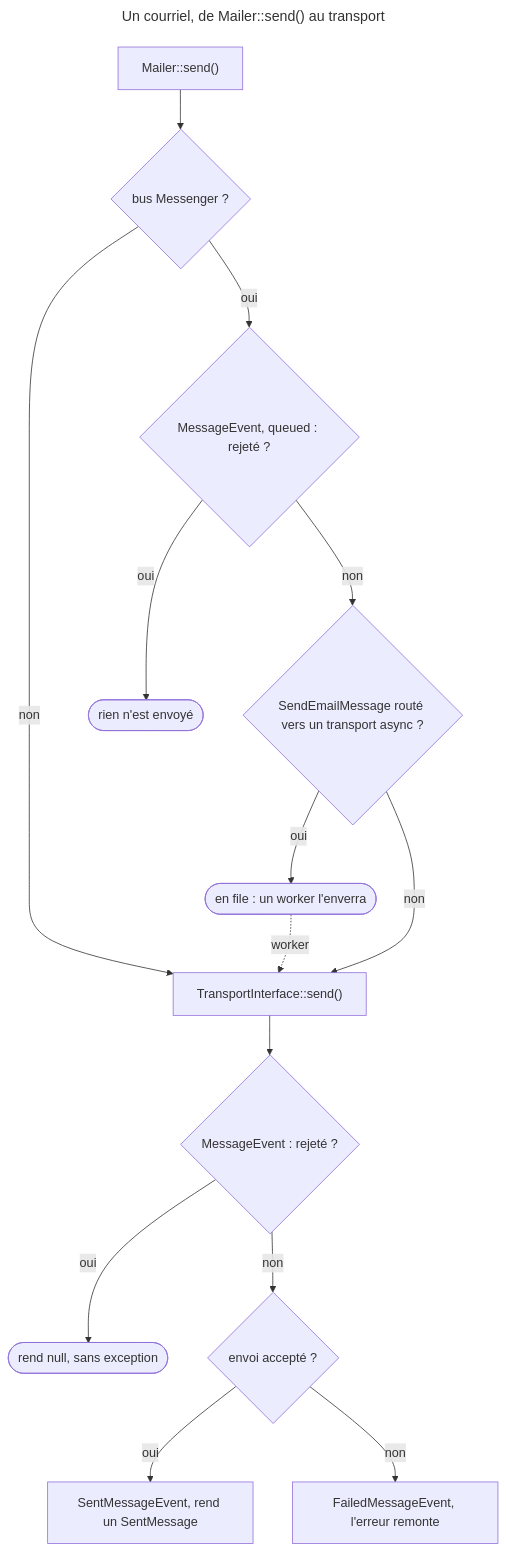
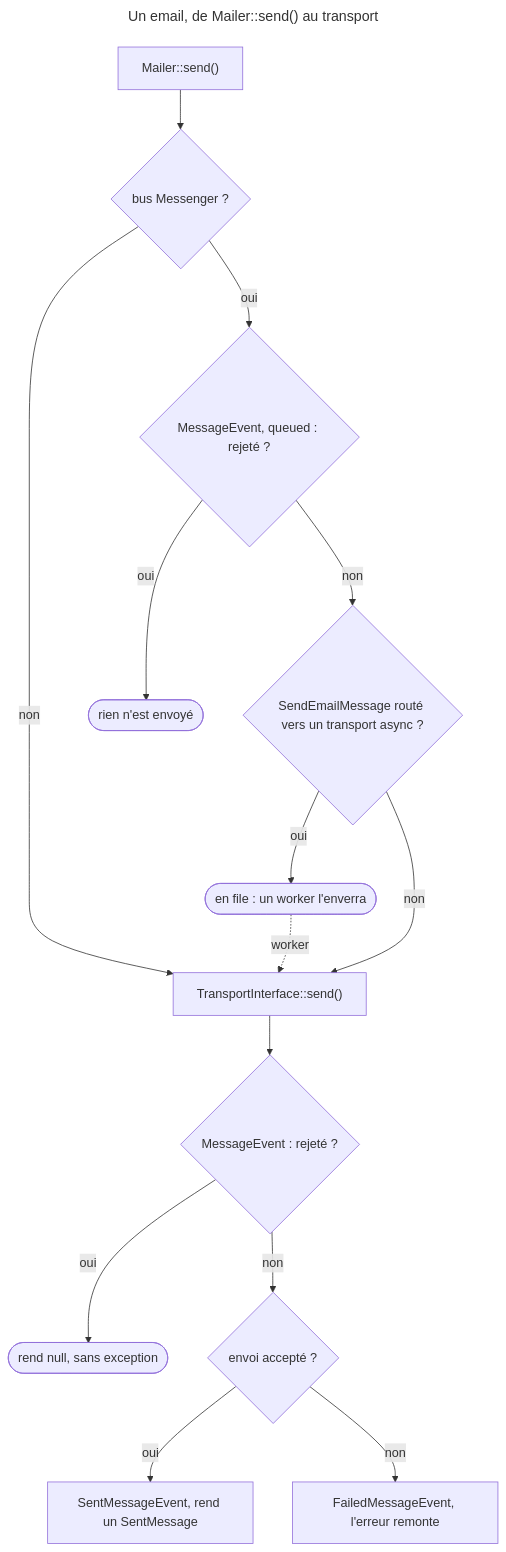
One commit to jasserYahyaoui/Symfony-8-Certification-Path changed the diagram in content/courses/CRS-h304h6ht87kc.md. Above: the diagram before and after it, drawn with Mermaid. The commit also changed other lines of this file and 180 other files, not shown here.

````diff
--- a/content/courses/CRS-h304h6ht87kc.md
+++ b/content/courses/CRS-h304h6ht87kc.md
@@ -144,21 +144,21 @@
 ```mermaid
 ---
-title: Un courriel, de Mailer::send() au transport
+title: Un email, de Mailer::send() au transport
 ---
 flowchart TD
-  accTitle: Le parcours d'un courriel envoyé par Mailer::send()
+  accTitle: Le parcours d'un email envoyé par Mailer::send()
   accDescr: Sans bus Messenger, Mailer::send() appelle le transport tout de suite. Avec un bus, un premier MessageEvent marqué queued est dispatché, et s'il est rejeté rien n'est envoyé. Sinon un SendEmailMessage part sur le bus. Routé vers un transport asynchrone, il attend un worker. Non routé, son handler appelle le transport pendant dispatch(). Le transport dispatche à son tour MessageEvent. Rejeté, il rend null sans exception. Sinon il envoie, puis dispatche SentMessageEvent et rend un SentMessage, ou FailedMessageEvent et relance l'erreur.
   SEND["Mailer::send()"] --> BUS{"bus Messenger ?"}
   BUS -->|"non"| T["TransportInterface::send()"]
   BUS -->|"oui"| Q{"MessageEvent, queued : rejeté ?"}
   Q -->|"oui"| STOP(["rien n'est envoyé"])
   Q -->|"non"| ROUTE{"SendEmailMessage routé vers un transport async ?"}
   ROUTE -->|"oui"| QUEUE(["en file : un worker l'enverra"])
   ROUTE -->|"non"| T
   QUEUE -.->|"worker"| T
   T --> ME{"MessageEvent : rejeté ?"}
   ME -->|"oui"| NULL(["rend null, sans exception"])
   ME -->|"non"| DO{"envoi accepté ?"}
   DO -->|"oui"| OK["SentMessageEvent, rend un SentMessage"]
   DO -->|"non"| KO["FailedMessageEvent, l'erreur remonte"]
 ```
````
